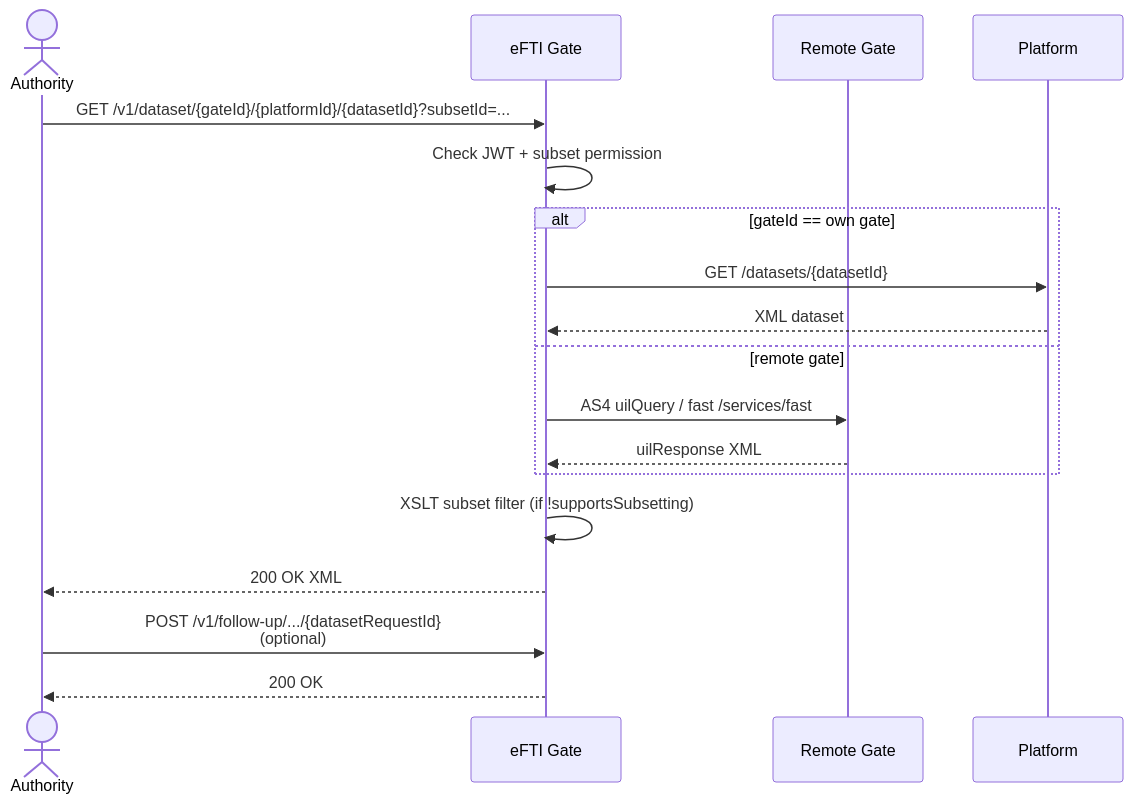
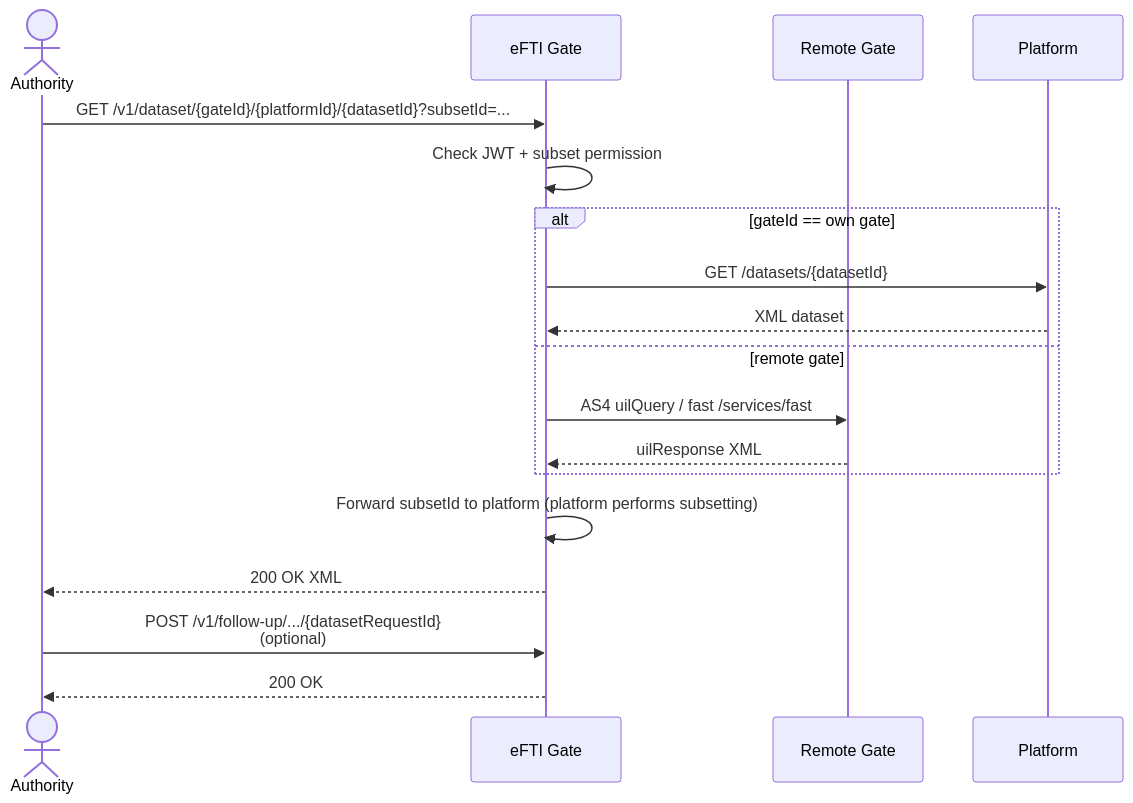
Before and after one commit to kemit-ee/efti-gate-ee: the diagram in docs/architecture/core-functionality/dataset_retrieval_and_follow_up.md, drawn with Mermaid. The commit also changed other lines of this file and 26 other files, not shown here.

First line of the commit message:
refactor: remove supports_subsetting from platforms (ADR-003) + fix ADR-002 date

````diff
--- a/docs/architecture/core-functionality/dataset_retrieval_and_follow_up.md
+++ b/docs/architecture/core-functionality/dataset_retrieval_and_follow_up.md
@@ -11,20 +11,20 @@
 ```mermaid
 sequenceDiagram
     actor Officer as Authority
     participant Gate as eFTI Gate
     participant Remote as Remote Gate
     participant Platform
     Officer->>Gate: GET /v1/dataset/{gateId}/{platformId}/{datasetId}?subsetId=...
     Gate->>Gate: Check JWT + subset permission
     alt gateId == own gate
         Gate->>Platform: GET /datasets/{datasetId}
         Platform-->>Gate: XML dataset
     else remote gate
         Gate->>Remote: AS4 uilQuery / fast /services/fast
         Remote-->>Gate: uilResponse XML
     end
-    Gate->>Gate: XSLT subset filter (if !supportsSubsetting)
+    Gate->>Gate: Forward subsetId to platform (platform performs subsetting)
     Gate-->>Officer: 200 OK XML
     Officer->>Gate: POST /v1/follow-up/.../{datasetRequestId}<br/>(optional)
     Gate-->>Officer: 200 OK
 ```
````
